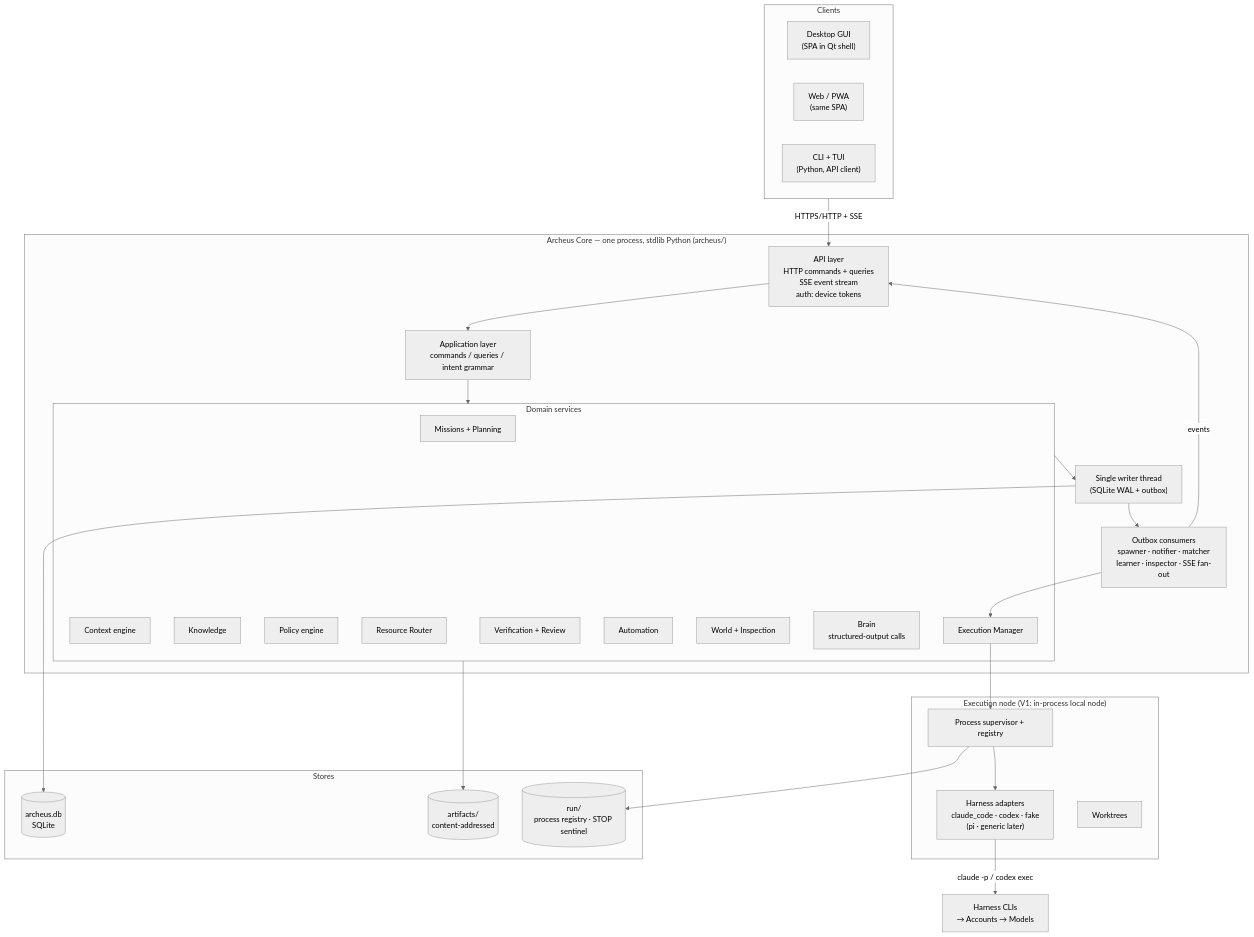
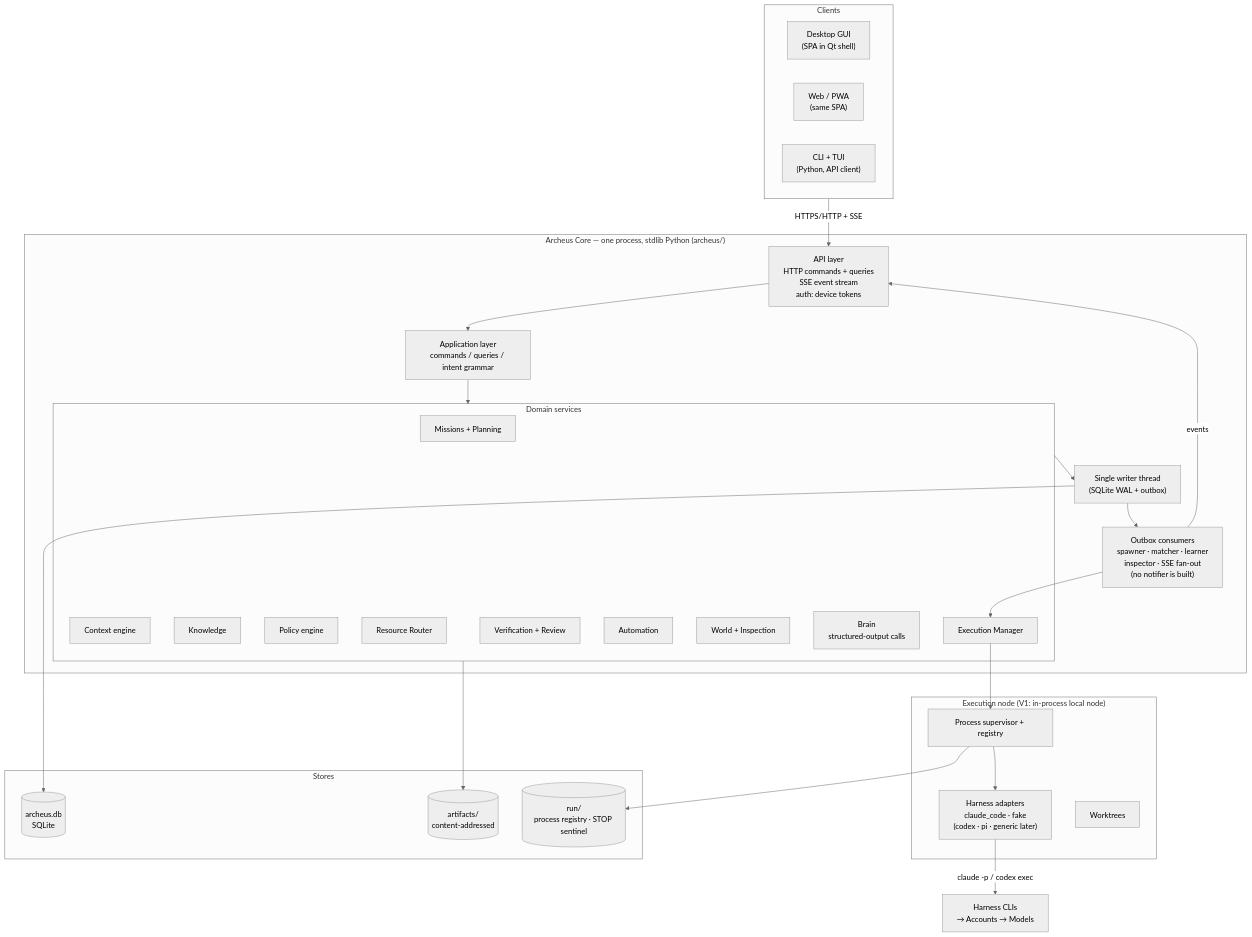
The diagram in docs/architecture/target-architecture.md (babarmuhammad/archeus), drawn with Mermaid (neutral theme) before and after one commit. The commit also changed other lines of this file and 1 other file, not shown here.

First line of the commit message:
Align target-architecture.md and context-and-knowledge.md with the code

````diff
--- a/docs/architecture/target-architecture.md
+++ b/docs/architecture/target-architecture.md
@@ -8,46 +8,46 @@
 ```mermaid
 flowchart TB
     subgraph Clients
         GUI["Desktop GUI<br/>(SPA in Qt shell)"]
         WEB["Web / PWA<br/>(same SPA)"]
         CLI["CLI + TUI<br/>(Python, API client)"]
     end
     subgraph Core["Archeus Core — one process, stdlib Python (archeus/)"]
         API["API layer<br/>HTTP commands + queries<br/>SSE event stream<br/>auth: device tokens"]
         APP["Application layer<br/>commands / queries / intent grammar"]
         subgraph Domain["Domain services"]
             MIS[Missions + Planning]
             CTX[Context engine]
             KNO[Knowledge]
             POL[Policy engine]
             RTR[Resource Router]
             EXM[Execution Manager]
             VER[Verification + Review]
             AUT[Automation]
             WLD[World + Inspection]
             BRN[Brain<br/>structured-output calls]
         end
         W["Single writer thread<br/>(SQLite WAL + outbox)"]
-        OUT["Outbox consumers<br/>spawner · notifier · matcher<br/>learner · inspector · SSE fan-out"]
+        OUT["Outbox consumers<br/>spawner · matcher · learner<br/>inspector · SSE fan-out<br/>(no notifier is built)"]
     end
     subgraph Node["Execution node (V1: in-process local node)"]
         SUP[Process supervisor + registry]
-        HAD["Harness adapters<br/>claude_code · codex · fake<br/>(pi · generic later)"]
+        HAD["Harness adapters<br/>claude_code · fake<br/>(codex · pi · generic later)"]
         WT[Worktrees]
     end
     subgraph Stores
         DB[("archeus.db<br/>SQLite")]
         ART[("artifacts/<br/>content-addressed")]
         RUN[("run/<br/>process registry · STOP sentinel")]
     end
     Clients -->|HTTPS/HTTP + SSE| API
     API --> APP --> Domain
     Domain --> W --> DB
     W --> OUT
     OUT --> EXM
     EXM --> SUP --> HAD
     HAD -->|claude -p / codex exec| EXT["Harness CLIs<br/>→ Accounts → Models"]
     SUP --> RUN
     Domain --> ART
     OUT -->|events| API
 ```
````
